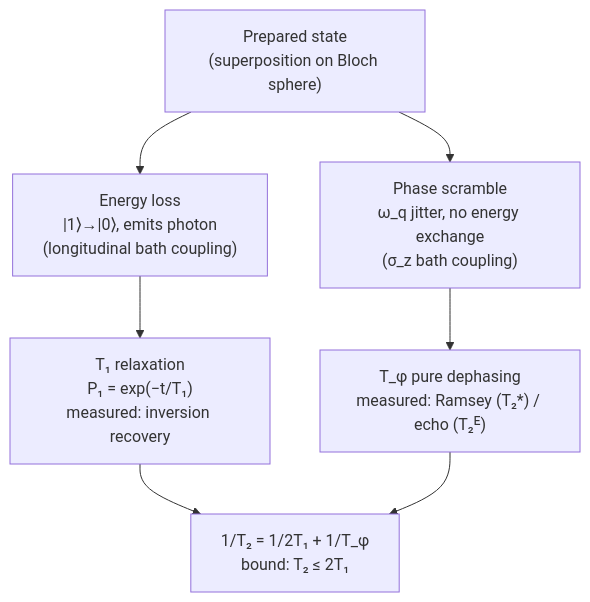
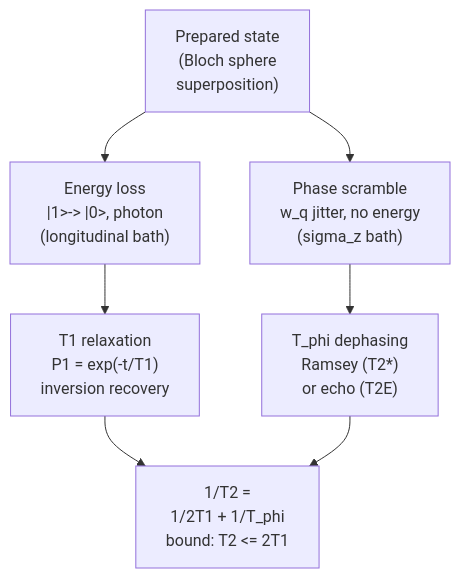
Before and after one commit to Iamsohungrynow/superconducting-qubits-journey: the diagram in tutorial/09-coherence-noise.md, drawn with Mermaid. The commit also changed 11 other files, not shown here.

Commit message:
Rewrite Mermaid diagrams for clear GitHub rendering (TD layout, short labels)

````diff
--- a/tutorial/09-coherence-noise.md
+++ b/tutorial/09-coherence-noise.md
@@ -12,10 +12,10 @@
 ```mermaid
 flowchart TD
-    P["Prepared state<br/>(superposition on Bloch sphere)"]
-    P --> A["Energy loss<br/>|1⟩→|0⟩, emits photon<br/>(longitudinal bath coupling)"]
-    P --> B["Phase scramble<br/>ω_q jitter, no energy exchange<br/>(σ_z bath coupling)"]
-    A --> A1["T₁ relaxation<br/>P₁ = exp(−t/T₁)<br/>measured: inversion recovery"]
-    B --> B1["T_φ pure dephasing<br/>measured: Ramsey (T₂*) / echo (T₂ᴱ)"]
-    A1 --> C["1/T₂ = 1/2T₁ + 1/T_φ<br/>bound: T₂ ≤ 2T₁"]
+    P["Prepared state<br/>(Bloch sphere<br/>superposition)"]
+    P --> A["Energy loss<br/>|1>-> |0>, photon<br/>(longitudinal bath)"]
+    P --> B["Phase scramble<br/>w_q jitter, no energy<br/>(sigma_z bath)"]
+    A --> A1["T1 relaxation<br/>P1 = exp(-t/T1)<br/>inversion recovery"]
+    B --> B1["T_phi dephasing<br/>Ramsey (T2*)<br/>or echo (T2E)"]
+    A1 --> C["1/T2 =<br/>1/2T1 + 1/T_phi<br/>bound: T2 <= 2T1"]
     B1 --> C
 ```
````
